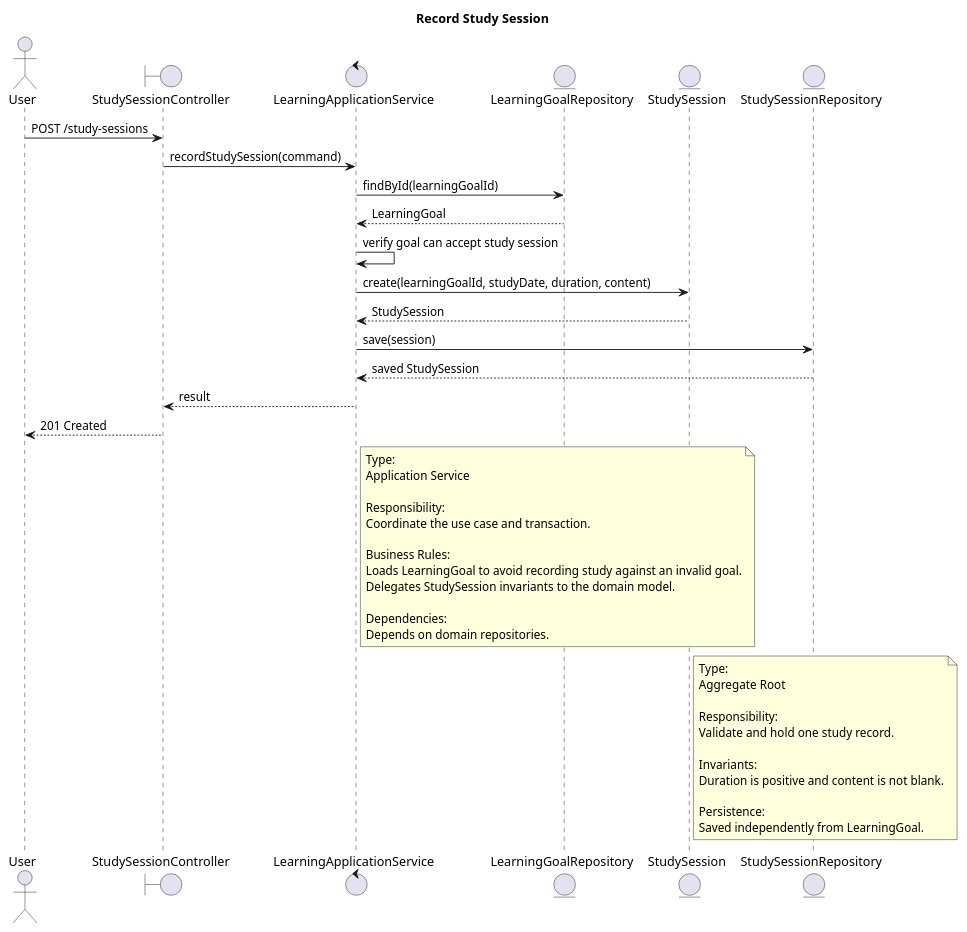
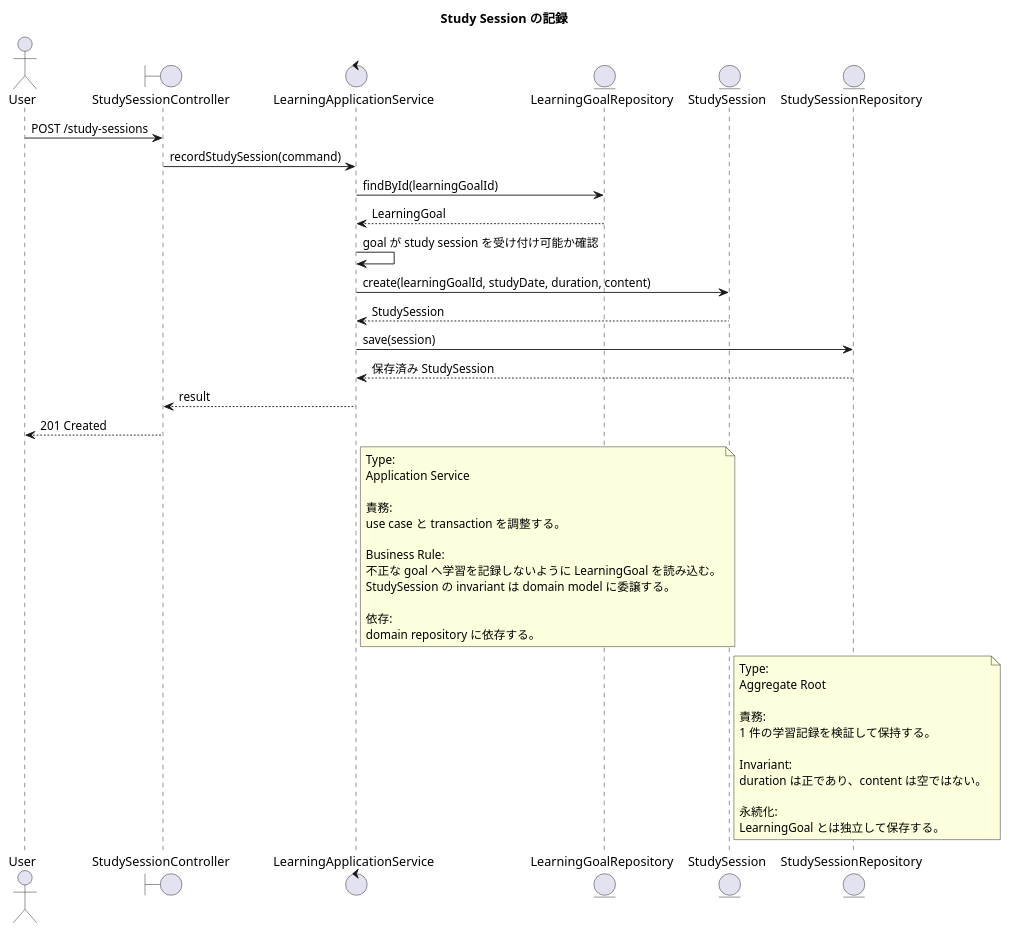
One commit to watanabe-1/ai-ddd-devtrack changed the diagram in docs/plantuml/sequence/record-study-session.puml. Above: the diagram before and after it, drawn with PlantUML. The commit also changed other lines of this file and 9 other files, not shown here.

```diff
--- a/docs/plantuml/sequence/record-study-session.puml
+++ b/docs/plantuml/sequence/record-study-session.puml
@@ -1,52 +1,52 @@
 @startuml
-title Record Study Session
+title Study Session の記録
 
 actor User
 boundary "StudySessionController" as Controller
 control "LearningApplicationService" as App
 entity "LearningGoalRepository" as GoalRepo
 entity "StudySession" as Session
 entity "StudySessionRepository" as SessionRepo
 
 User -> Controller : POST /study-sessions
 Controller -> App : recordStudySession(command)
 App -> GoalRepo : findById(learningGoalId)
 GoalRepo --> App : LearningGoal
-App -> App : verify goal can accept study session
+App -> App : goal が study session を受け付け可能か確認
 App -> Session : create(learningGoalId, studyDate, duration, content)
 Session --> App : StudySession
 App -> SessionRepo : save(session)
-SessionRepo --> App : saved StudySession
+SessionRepo --> App : 保存済み StudySession
 App --> Controller : result
 Controller --> User : 201 Created
 
 note right of App
 Type:
 Application Service
 
-Responsibility:
-Coordinate the use case and transaction.
+責務:
+use case と transaction を調整する。
 
-Business Rules:
-Loads LearningGoal to avoid recording study against an invalid goal.
-Delegates StudySession invariants to the domain model.
+Business Rule:
+不正な goal へ学習を記録しないように LearningGoal を読み込む。
+StudySession の invariant は domain model に委譲する。
 
-Dependencies:
-Depends on domain repositories.
+依存:
+domain repository に依存する。
 end note
 
 note right of Session
 Type:
 Aggregate Root
 
-Responsibility:
-Validate and hold one study record.
+責務:
+1 件の学習記録を検証して保持する。
 
-Invariants:
-Duration is positive and content is not blank.
+Invariant:
+duration は正であり、content は空ではない。
 
-Persistence:
-Saved independently from LearningGoal.
+永続化:
+LearningGoal とは独立して保存する。
 end note
 
 @enduml
```
